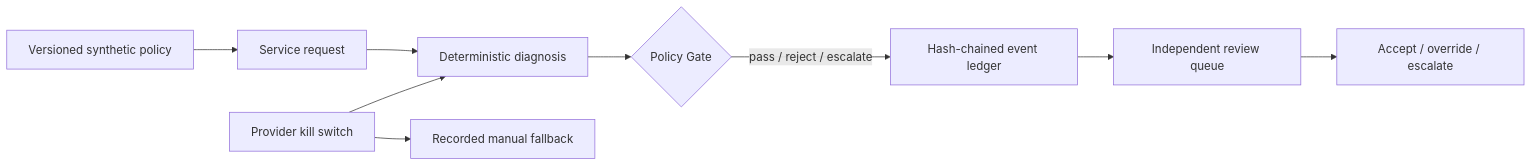
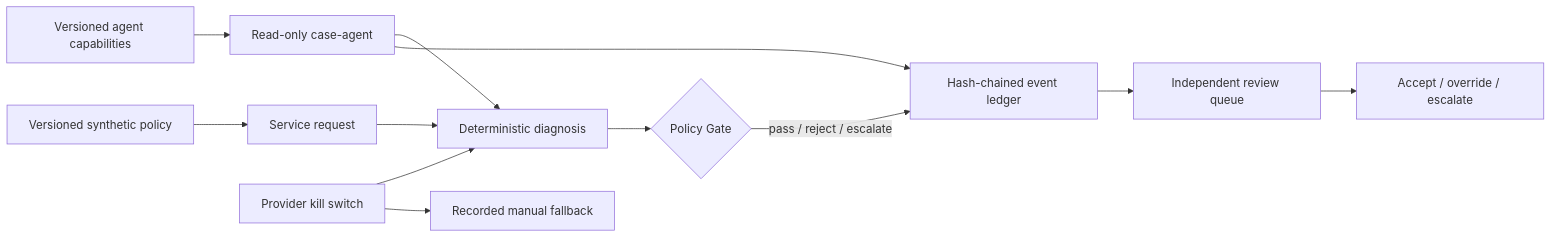
Before and after one commit to Zeeekrom/rivulet-localops: the diagram in README.md, drawn with Mermaid. The commit also changed other lines of this file and 20 other files, not shown here.

Commit message:
feat: publish v0.6.0 bounded case-agent controls

````diff
--- a/README.md
+++ b/README.md
@@ -23,11 +24,14 @@
 ```mermaid
 flowchart LR
     P[Versioned synthetic policy] --> R[Service request]
     R --> D[Deterministic diagnosis]
+    C[Versioned agent capabilities] --> A[Read-only case-agent]
+    A --> D
+    A --> L
     D --> G{Policy Gate}
     G -->|pass / reject / escalate| L[Hash-chained event ledger]
     L --> Q[Independent review queue]
     Q --> H[Accept / override / escalate]
     K[Provider kill switch] --> D
     K --> M[Recorded manual fallback]
 ```
````
